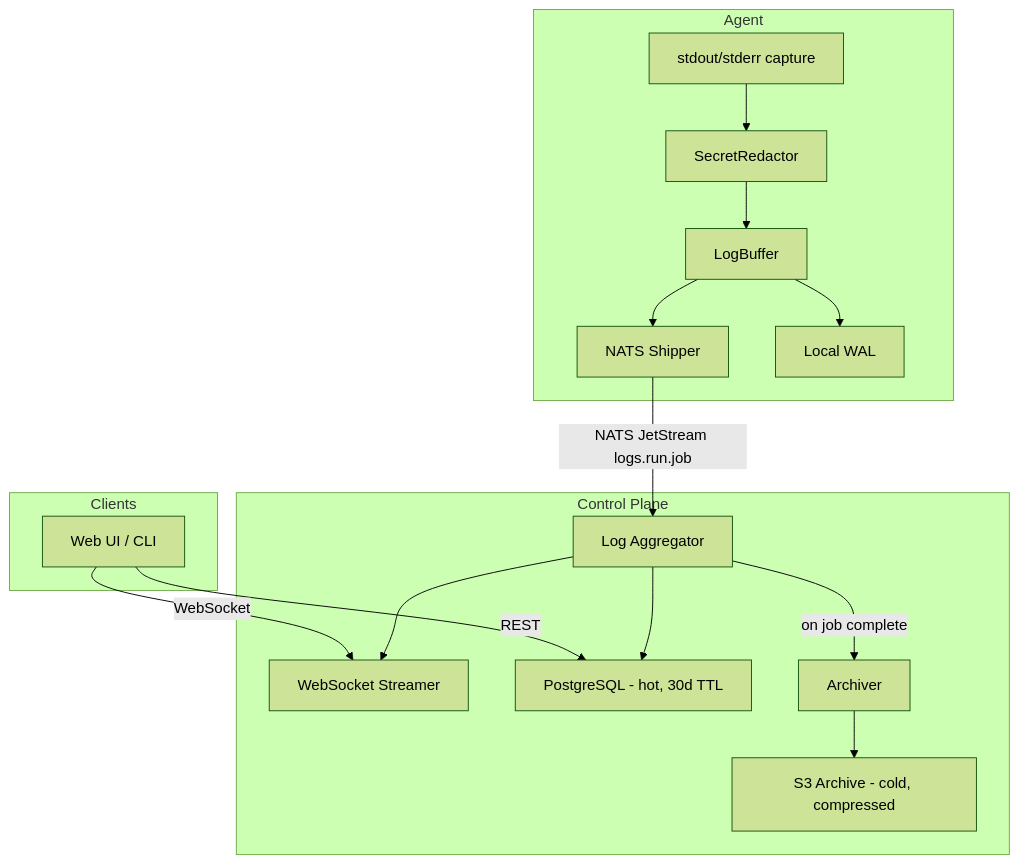
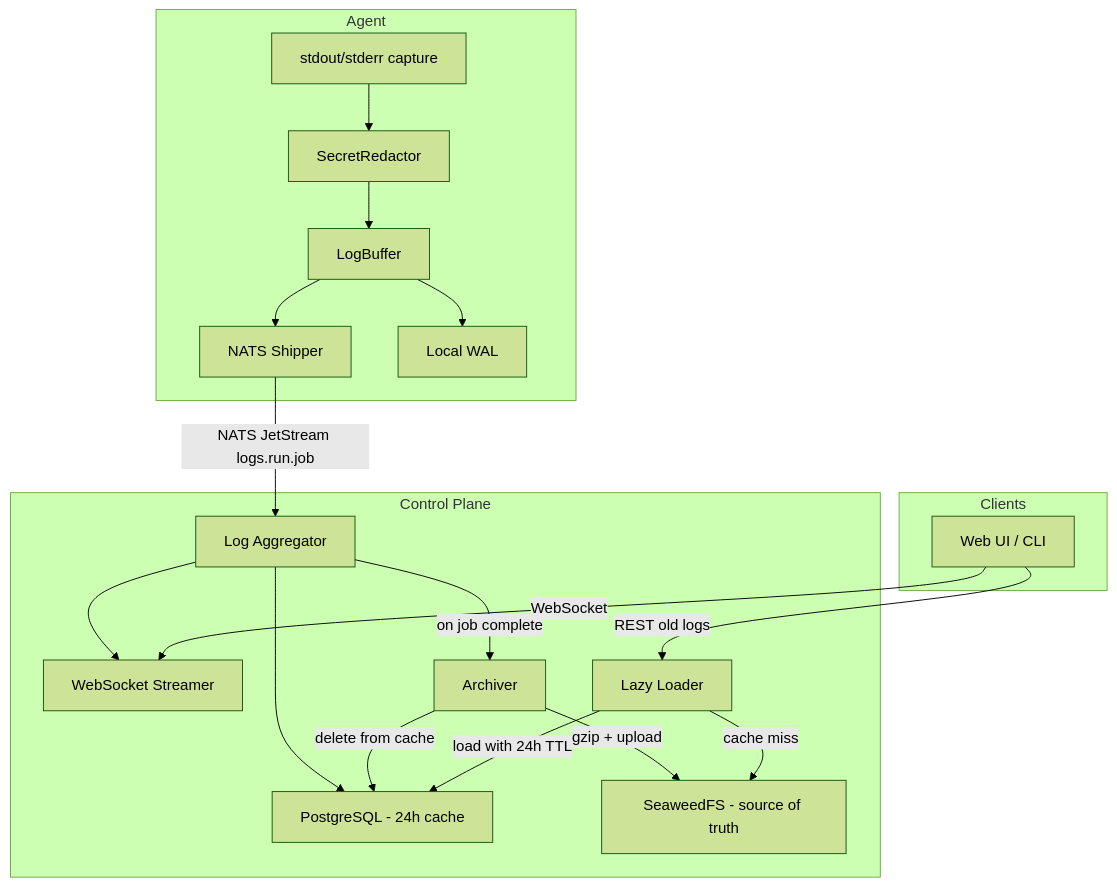
The diagram in .cursor/plans/observability_and_storage_7006b334.plan.md (GoodMannersHosting/Meticulous), drawn with Mermaid (forest theme) before and after one commit. The commit also changed other lines of this file and 51 other files, not shown here.

````diff
--- a/.cursor/plans/observability_and_storage_7006b334.plan.md
+++ b/.cursor/plans/observability_and_storage_7006b334.plan.md
@@ -142,34 +144,38 @@
 ```mermaid
 graph TB
   subgraph agentSide [Agent]
     Capture["stdout/stderr capture"]
     Redactor[SecretRedactor]
     Buffer[LogBuffer]
     Shipper["NATS Shipper"]
     WAL["Local WAL"]
   end
 
   subgraph controlPlane [Control Plane]
     Aggregator[Log Aggregator]
     WS["WebSocket Streamer"]
-    PG["PostgreSQL - hot, 30d TTL"]
+    PG["PostgreSQL - 24h cache"]
     Archiver[Archiver]
-    S3["S3 Archive - cold, compressed"]
+    S3["SeaweedFS - source of truth"]
+    LazyLoader["Lazy Loader"]
   end
 
   subgraph clients [Clients]
     Frontend["Web UI / CLI"]
   end
 
   Capture --> Redactor --> Buffer
   Buffer --> Shipper -->|"NATS JetStream logs.run.job"| Aggregator
   Buffer --> WAL
 
   Aggregator --> PG
   Aggregator --> WS
   Aggregator -->|"on job complete"| Archiver
-  Archiver --> S3
+  Archiver -->|"gzip + upload"| S3
+  Archiver -->|"delete from cache"| PG
 
   Frontend -->|WebSocket| WS
-  Frontend -->|REST| PG
+  Frontend -->|REST old logs| LazyLoader
+  LazyLoader -->|"cache miss"| S3
+  LazyLoader -->|"load with 24h TTL"| PG
 ```
````
